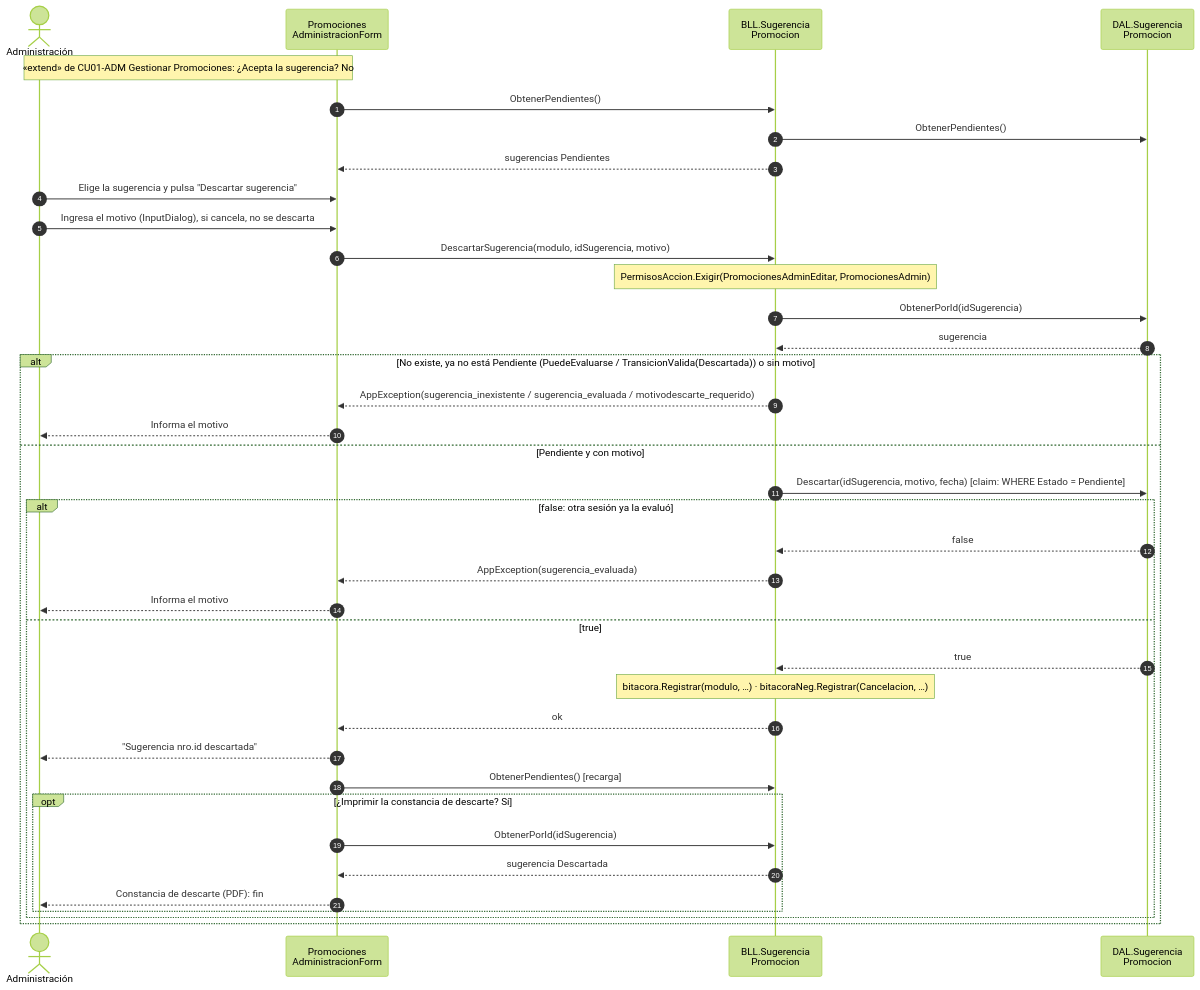
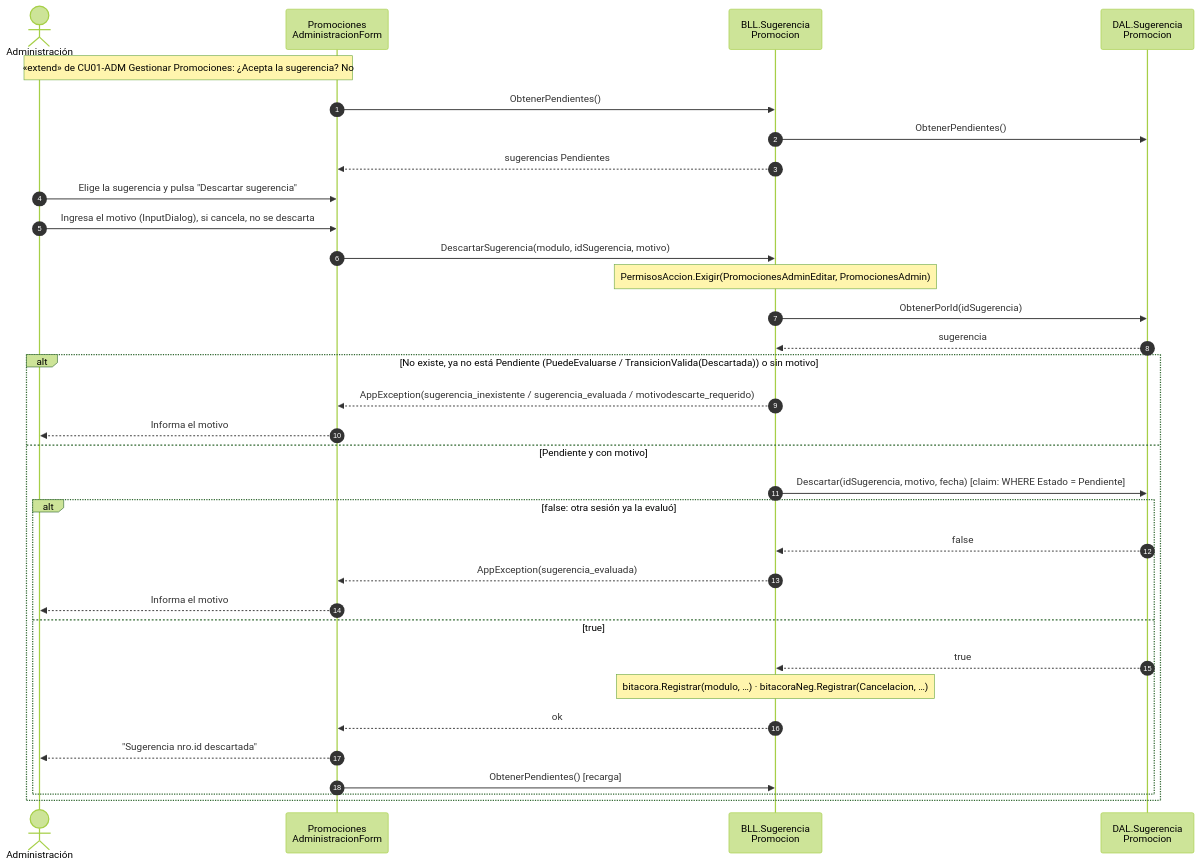
One commit to valentinamorana/Trabajo-de-Diploma changed the diagram in docs/diagramas/mermaid/DSS_PN03_CU03_ADM_DescartarSugerencia.mmd. Above: the diagram before and after it, drawn with Mermaid (forest theme). The commit also changed 33 other files, not shown here.

```diff
--- a/docs/diagramas/mermaid/DSS_PN03_CU03_ADM_DescartarSugerencia.mmd
+++ b/docs/diagramas/mermaid/DSS_PN03_CU03_ADM_DescartarSugerencia.mmd
@@ -1,38 +1,33 @@
 sequenceDiagram
   autonumber
   actor A as Administración
   participant F as Promociones<br/>AdministracionForm
   participant B as BLL.Sugerencia<br/>Promocion
   participant D as DAL.Sugerencia<br/>Promocion
   Note over A,F: «extend» de CU01-ADM Gestionar Promociones: ¿Acepta la sugerencia? No
   F->>B: ObtenerPendientes()
   B->>D: ObtenerPendientes()
   B-->>F: sugerencias Pendientes
   A->>F: Elige la sugerencia y pulsa "Descartar sugerencia"
   A->>F: Ingresa el motivo (InputDialog), si cancela, no se descarta
   F->>B: DescartarSugerencia(modulo, idSugerencia, motivo)
   Note over B: PermisosAccion.Exigir(PromocionesAdminEditar, PromocionesAdmin)
   B->>D: ObtenerPorId(idSugerencia)
   D-->>B: sugerencia
   alt No existe, ya no está Pendiente (PuedeEvaluarse / TransicionValida(Descartada)) o sin motivo
     B-->>F: AppException(sugerencia_inexistente / sugerencia_evaluada / motivodescarte_requerido)
     F-->>A: Informa el motivo
   else Pendiente y con motivo
     B->>D: Descartar(idSugerencia, motivo, fecha)  [claim: WHERE Estado = Pendiente]
     alt false: otra sesión ya la evaluó
       D-->>B: false
       B-->>F: AppException(sugerencia_evaluada)
       F-->>A: Informa el motivo
     else true
       D-->>B: true
       Note over B: bitacora.Registrar(modulo, …) · bitacoraNeg.Registrar(Cancelacion, …)
       B-->>F: ok
       F-->>A: "Sugerencia nro.id descartada"
       F->>B: ObtenerPendientes()  [recarga]
-      opt ¿Imprimir la constancia de descarte? Sí
-        F->>B: ObtenerPorId(idSugerencia)
-        B-->>F: sugerencia Descartada
-        F-->>A: Constancia de descarte (PDF): fin
-      end
     end
   end
```
